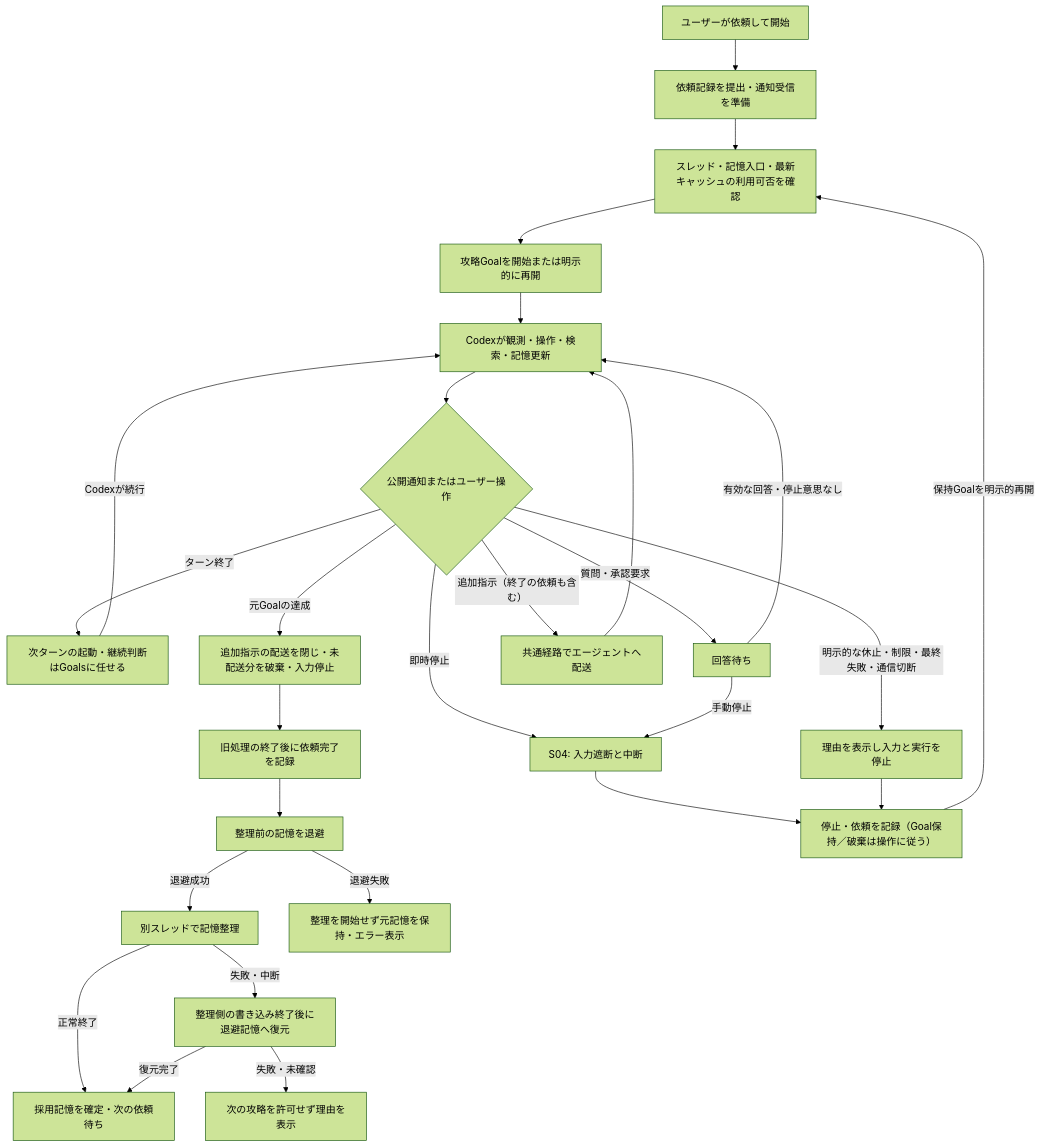
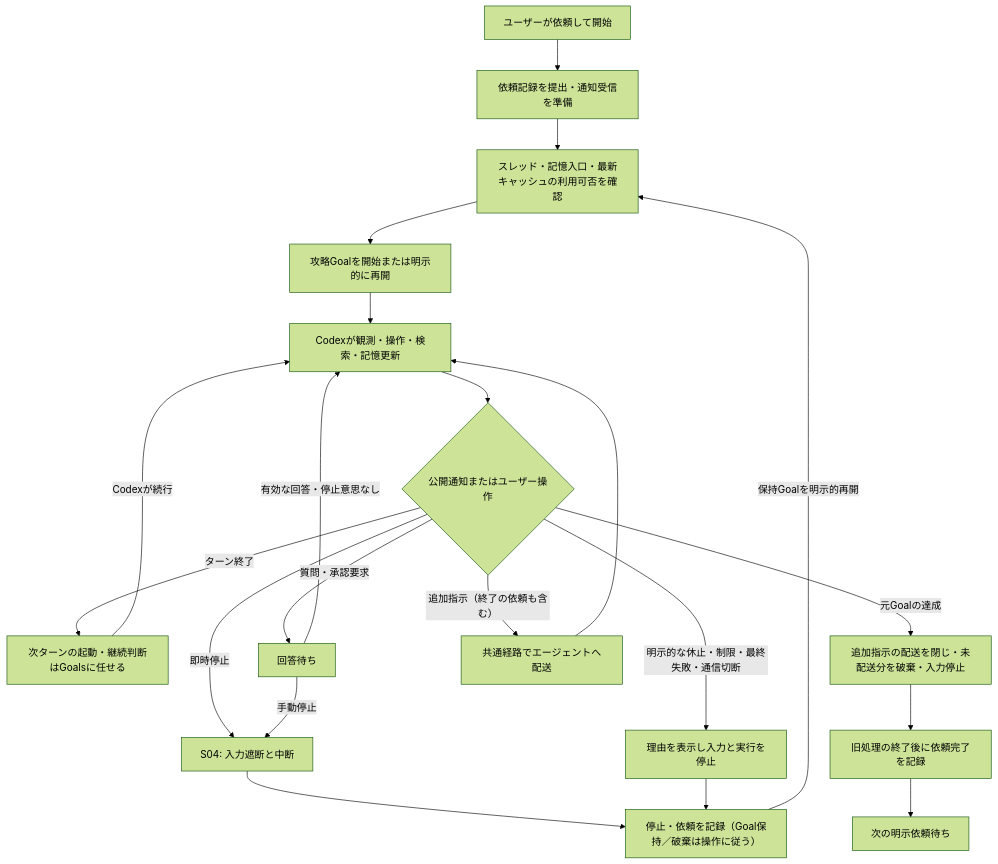
One commit to niart120/Project_Gigas changed the first of 8 diagrams in spec/initial/09-control-flows.md. Above: the diagram before and after it, drawn with Mermaid (forest theme). The commit also changed other lines of this file and 18 other files, not shown here.

````diff
--- a/spec/initial/09-control-flows.md
+++ b/spec/initial/09-control-flows.md
@@ -34,29 +34,23 @@
 ```mermaid
 flowchart TD
     Start["ユーザーが依頼して開始"] --> Setup["依頼記録を提出・通知受信を準備"]
     Setup --> Context["スレッド・記憶入口・最新キャッシュの利用可否を確認"]
     Context --> Goal["攻略Goalを開始または明示的に再開"]
     Goal --> Play["Codexが観測・操作・検索・記憶更新"]
     Play --> Event{"公開通知またはユーザー操作"}
     Event -->|"ターン終了"| Next["次ターンの起動・継続判断はGoalsに任せる"]
     Next -->|"Codexが続行"| Play
     Event -->|"質問・承認要求"| Ask["回答待ち"]
     Ask -->|"有効な回答・停止意思なし"| Play
     Event -->|"元Goalの達成"| Finish["追加指示の配送を閉じ・未配送分を破棄・入力停止"]
     Finish --> Complete["旧処理の終了後に依頼完了を記録"]
-    Complete --> Backup["整理前の記憶を退避"]
-    Backup -->|"退避成功"| Memory["別スレッドで記憶整理"]
-    Backup -->|"退避失敗"| Unchanged["整理を開始せず元記憶を保持・エラー表示"]
-    Memory -->|"正常終了"| Ready["採用記憶を確定・次の依頼待ち"]
-    Memory -->|"失敗・中断"| Restore["整理側の書き込み終了後に退避記憶へ復元"]
-    Restore -->|"復元完了"| Ready
-    Restore -->|"失敗・未確認"| Hold["次の攻略を許可せず理由を表示"]
+    Complete --> Ready["次の明示依頼待ち"]
     Event -->|"追加指示（終了の依頼も含む）"| Message["共通経路でエージェントへ配送"]
     Message --> Play
     Event -->|"即時停止"| Abort["S04: 入力遮断と中断"]
     Ask -->|"手動停止"| Abort
     Event -->|"明示的な休止・制限・最終失敗・通信切断"| Failure["理由を表示し入力と実行を停止"]
     Abort --> Stop["停止・依頼を記録（Goal保持／破棄は操作に従う）"]
     Failure --> Stop
     Stop -->|"保持Goalを明示的再開"| Context
 ```
````
